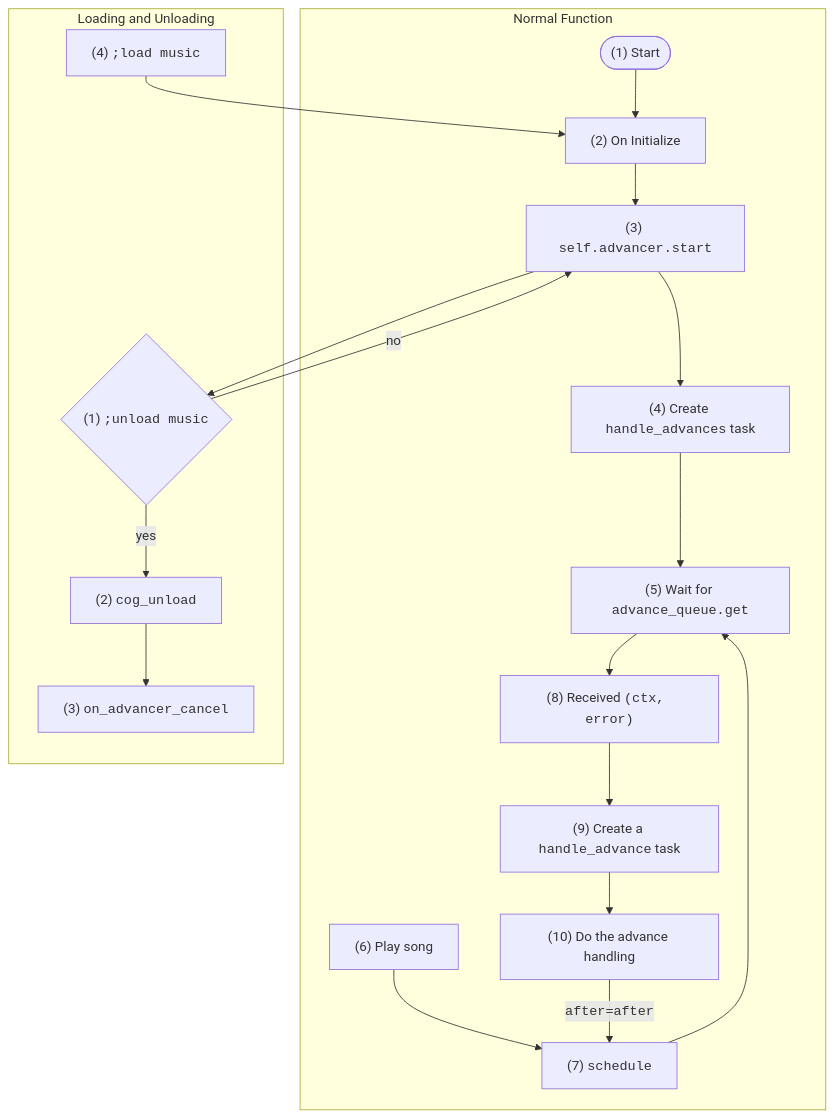
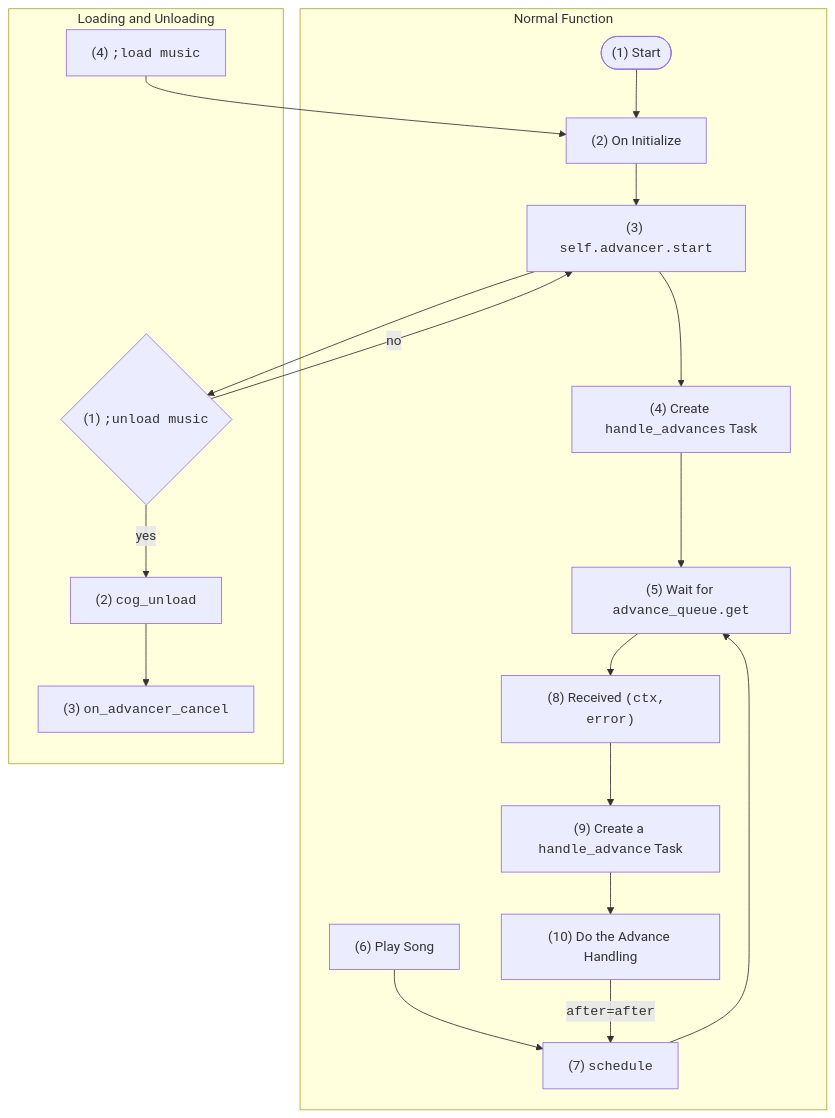
The diagram in docs/jgmusic.md (Togohogo1-Archive/joshgone-music), drawn with Mermaid before and after one commit. The commit also changed other lines of this file, not shown here.

Commit message:
Capitalize more jgmusic.md headings

````diff
--- a/docs/jgmusic.md
+++ b/docs/jgmusic.md
@@ -16,22 +16,22 @@
 ```mermaid
 graph TD
     subgraph "Normal Function"
     Z(["(1) Start"]) --> A["(2) On Initialize"];
     A --> B["(3) <code>self.advancer.start</code>"];
-    B --> C["(4) Create <code>handle_advances</code> task"];
+    B --> C["(4) Create <code>handle_advances</code> Task"];
     C --> G["(5) Wait for <code>advance_queue.get</code>"]
-    D["(6) Play song"] --> E["(7) <code>schedule</code>"];
+    D["(6) Play Song"] --> E["(7) <code>schedule</code>"];
     E --> G
     G --> H["(8) Received <code>(ctx, error)</code>"];
-    H --> I["(9) Create a <code>handle_advance</code> task"];
-    I --> J["(10) Do the advance handling"];
+    H --> I["(9) Create a <code>handle_advance</code> Task"];
+    I --> J["(10) Do the Advance Handling"];
     J -->|"<code>after=after<code>"| E;
     end
     subgraph "Loading and Unloading"
     B --> a{"(1) <code>;unload music</code>"};
     a -->|no| B;
     a -->|yes| b["(2) <code>cog_unload</code>"];
     b --> d["(3) <code>on_advancer_cancel</code>"];
     c["(4) <code>;load music</code>"] --> A;
     end
 ```
````
